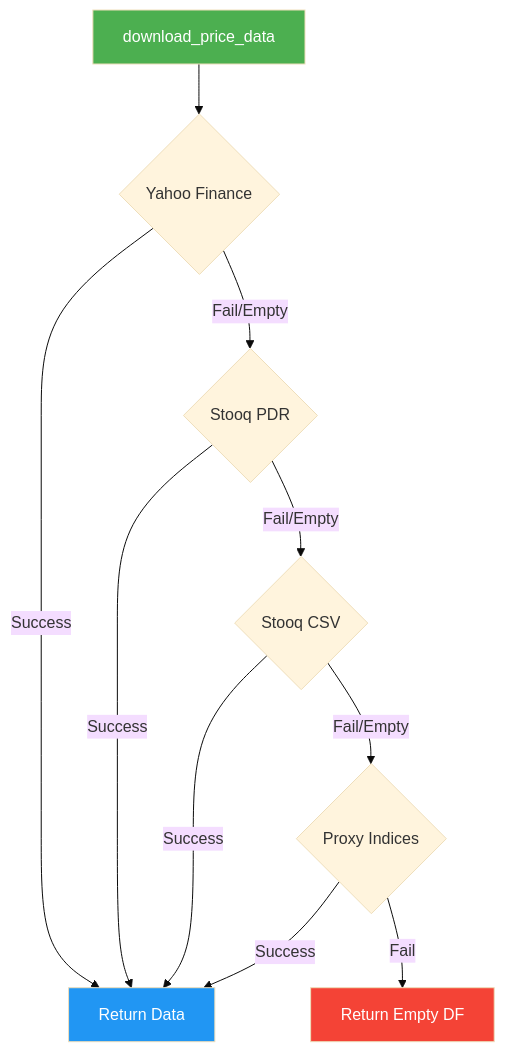
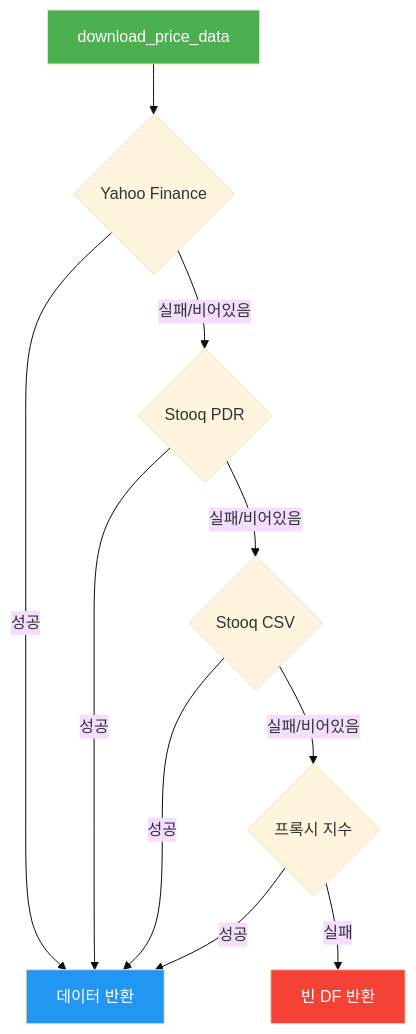
One commit to gyuha/investment-open-source-analysis changed the seventh of 10 diagrams in report/ChatGPT-Micro-Cap-Experiment/report-claude-sonnet.md. Above: the diagram before and after it, drawn with Mermaid (base theme). The commit also changed other lines of this file and 1 other file, not shown here.

Commit message:
Change graph orientation from TD to LR in report-claude-sonnet.md for improved readability of module dependencies

````diff
--- a/report/ChatGPT-Micro-Cap-Experiment/report-claude-sonnet.md
+++ b/report/ChatGPT-Micro-Cap-Experiment/report-claude-sonnet.md
@@ -1297,16 +1297,16 @@
 ```mermaid
 graph TD
     A[download_price_data] --> B{Yahoo Finance}
-    B -->|Success| Z[Return Data]
-    B -->|Fail/Empty| C{Stooq PDR}
-    C -->|Success| Z
-    C -->|Fail/Empty| D{Stooq CSV}
-    D -->|Success| Z
-    D -->|Fail/Empty| E{Proxy Indices}
-    E -->|Success| Z
-    E -->|Fail| F[Return Empty DF]
+    B -->|성공| Z[데이터 반환]
+    B -->|실패/비어있음| C{Stooq PDR}
+    C -->|성공| Z
+    C -->|실패/비어있음| D{Stooq CSV}
+    D -->|성공| Z
+    D -->|실패/비어있음| E{프록시 지수}
+    E -->|성공| Z
+    E -->|실패| F[빈 DF 반환]
 
     style A fill:#4CAF50,color:#fff
     style Z fill:#2196F3,color:#fff
     style F fill:#f44336,color:#fff
 ```
````
